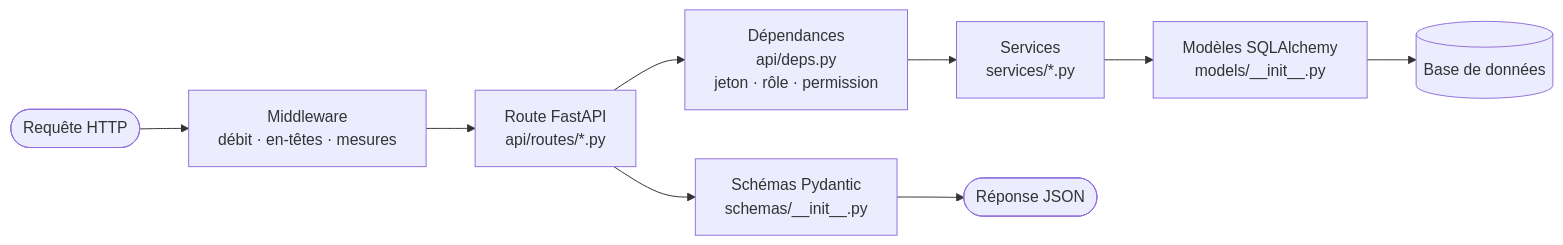
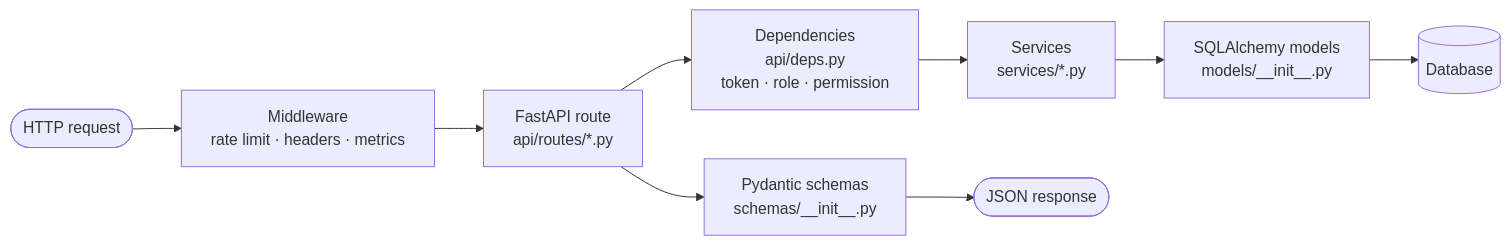
Before and after one commit to Dioumadev221/SUNUSAFEGUARD: the second of 17 diagrams in README.md, drawn with Mermaid. The commit also changed other lines of this file and 1 other file, not shown here.

````diff
--- a/README.md
+++ b/README.md
@@ -157,11 +151,11 @@
 ```mermaid
 flowchart LR
-    REQ(["Requête HTTP"]) --> M["Middleware<br/>débit · en-têtes · mesures"]
-    M --> R["Route FastAPI<br/>api/routes/*.py"]
-    R --> D["Dépendances<br/>api/deps.py<br/>jeton · rôle · permission"]
+    REQ(["HTTP request"]) --> M["Middleware<br/>rate limit · headers · metrics"]
+    M --> R["FastAPI route<br/>api/routes/*.py"]
+    R --> D["Dependencies<br/>api/deps.py<br/>token · role · permission"]
     D --> S["Services<br/>services/*.py"]
-    S --> O["Modèles SQLAlchemy<br/>models/__init__.py"]
-    O --> B[("Base de données")]
-    R --> V["Schémas Pydantic<br/>schemas/__init__.py"]
-    V --> RES(["Réponse JSON"])
+    S --> O["SQLAlchemy models<br/>models/__init__.py"]
+    O --> B[("Database")]
+    R --> V["Pydantic schemas<br/>schemas/__init__.py"]
+    V --> RES(["JSON response"])
 ```
````
